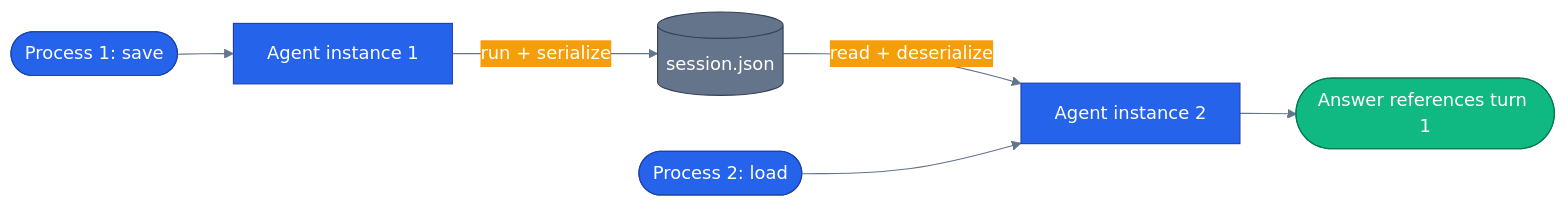
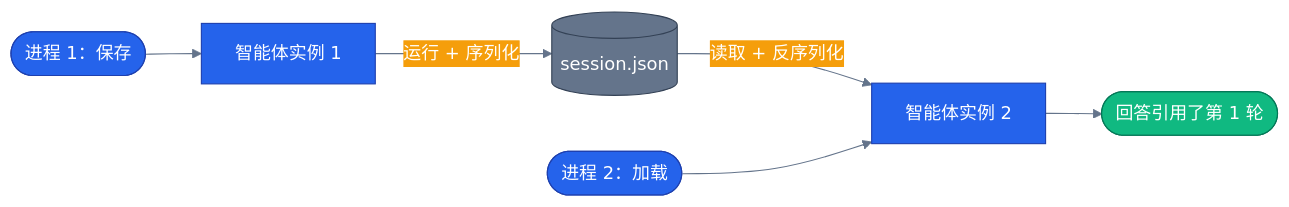
One commit to s1encisi/reliable-commerce-agents changed the diagram in tutorials/04-sessions/README.md. Above: the diagram before and after it, drawn with Mermaid. The commit also changed other lines of this file and 1033 other files, not shown here.

````diff
--- a/tutorials/04-sessions/README.md
+++ b/tutorials/04-sessions/README.md
@@ -23,29 +24,29 @@
 ```mermaid
 %%{init: {'theme':'base', 'themeVariables': {
   'primaryColor': '#2563eb','primaryTextColor': '#ffffff','primaryBorderColor': '#1e40af',
   'lineColor': '#64748b','secondaryColor': '#f59e0b','tertiaryColor': '#10b981',
   'background': 'transparent'}}}%%
 flowchart LR
   classDef core     fill:#2563eb,stroke:#1e40af,color:#ffffff
   classDef external fill:#f59e0b,stroke:#b45309,color:#000000
   classDef success  fill:#10b981,stroke:#047857,color:#ffffff
   classDef infra    fill:#64748b,stroke:#334155,color:#ffffff
 
-  turn1([Process 1: save])
-  agent1[Agent instance 1]
+  turn1([进程 1：保存])
+  agent1[智能体实例 1]
   disk[(session.json)]
-  turn2([Process 2: load])
-  agent2[Agent instance 2]
-  answer([Answer references turn 1])
+  turn2([进程 2：加载])
+  agent2[智能体实例 2]
+  answer([回答引用了第 1 轮])
 
   turn1 --> agent1
-  agent1 -- "run + serialize" --> disk
-  disk -- "read + deserialize" --> agent2
+  agent1 -- "运行 + 序列化" --> disk
+  disk -- "读取 + 反序列化" --> agent2
   turn2 --> agent2
   agent2 --> answer
 
   class agent1 core
   class agent2 core
   class disk infra
   class answer success
 ```
````
